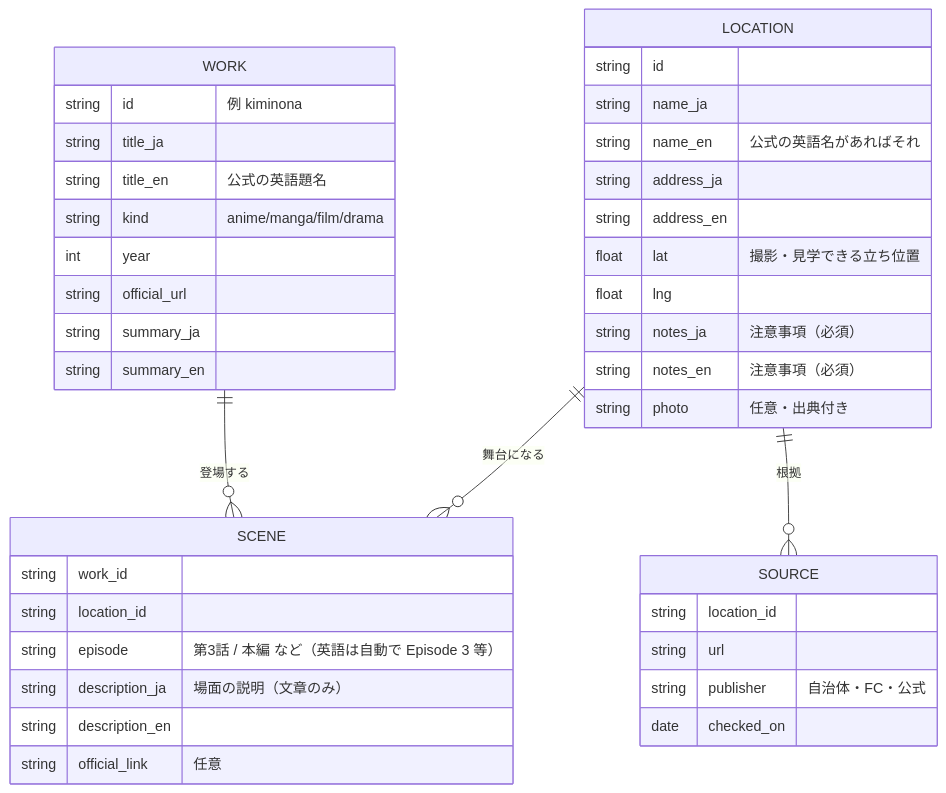
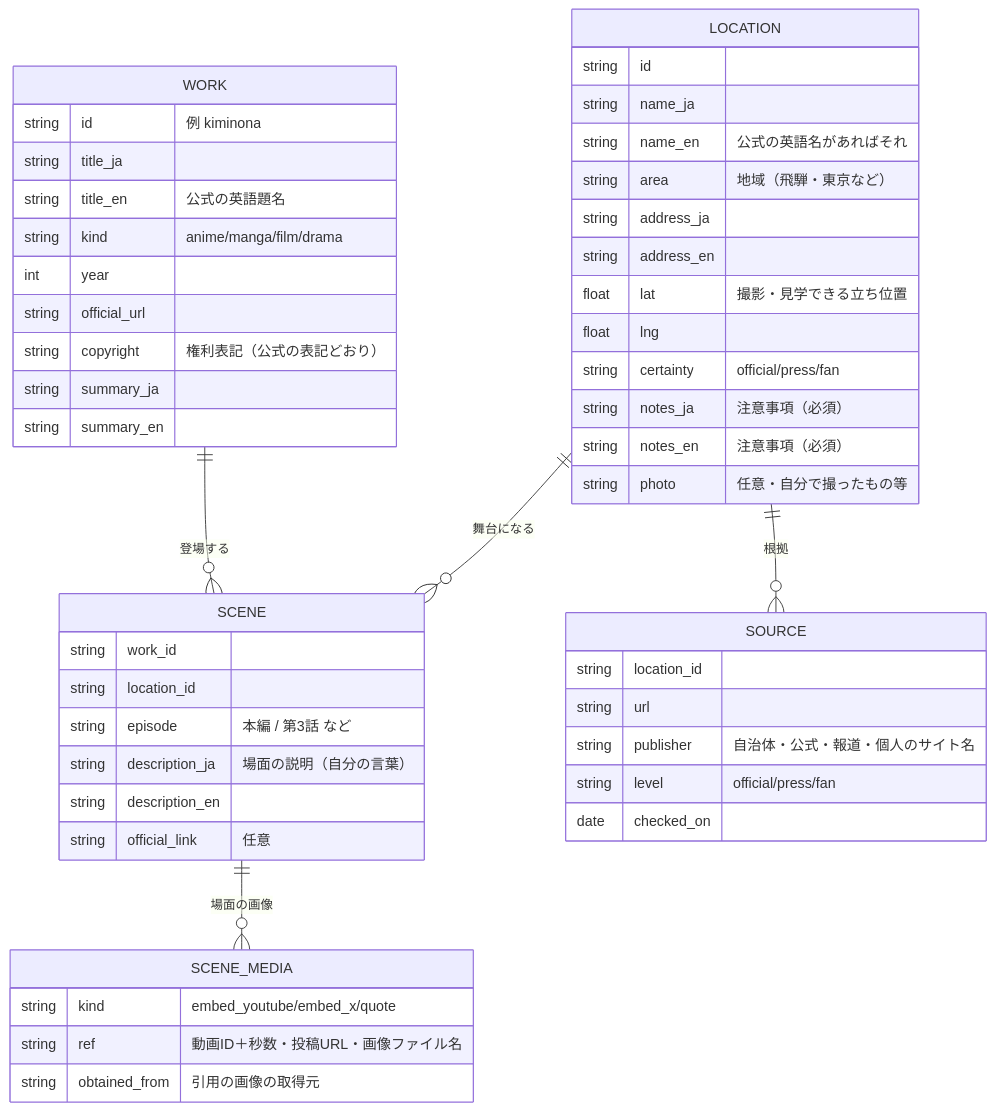
The third of 3 diagrams in docs/spec/01_spec.md (scenetrail/scenetrail.github.io), drawn with Mermaid before and after one commit. The commit also changed other lines of this file and 3 other files, not shown here.

````diff
--- a/docs/spec/01_spec.md
+++ b/docs/spec/01_spec.md
@@ -104,42 +117,52 @@
 ```mermaid
 erDiagram
   WORK ||--o{ SCENE : "登場する"
   LOCATION ||--o{ SCENE : "舞台になる"
   LOCATION ||--o{ SOURCE : "根拠"
+  SCENE ||--o{ SCENE_MEDIA : "場面の画像"
   WORK {
     string id "例 kiminona"
     string title_ja
     string title_en "公式の英語題名"
     string kind "anime/manga/film/drama"
     int year
     string official_url
+    string copyright "権利表記（公式の表記どおり）"
     string summary_ja
     string summary_en
   }
   LOCATION {
     string id
     string name_ja
     string name_en "公式の英語名があればそれ"
+    string area "地域（飛騨・東京など）"
     string address_ja
     string address_en
     float lat "撮影・見学できる立ち位置"
     float lng
+    string certainty "official/press/fan"
     string notes_ja "注意事項（必須）"
     string notes_en "注意事項（必須）"
-    string photo "任意・出典付き"
+    string photo "任意・自分で撮ったもの等"
   }
   SCENE {
     string work_id
     string location_id
-    string episode "第3話 / 本編 など（英語は自動で Episode 3 等）"
-    string description_ja "場面の説明（文章のみ）"
+    string episode "本編 / 第3話 など"
+    string description_ja "場面の説明（自分の言葉）"
     string description_en
     string official_link "任意"
+  }
+  SCENE_MEDIA {
+    string kind "embed_youtube/embed_x/quote"
+    string ref "動画ID＋秒数・投稿URL・画像ファイル名"
+    string obtained_from "引用の画像の取得元"
   }
   SOURCE {
     string location_id
     string url
-    string publisher "自治体・FC・公式"
+    string publisher "自治体・公式・報道・個人のサイト名"
+    string level "official/press/fan"
     date checked_on
   }
 ```
````
